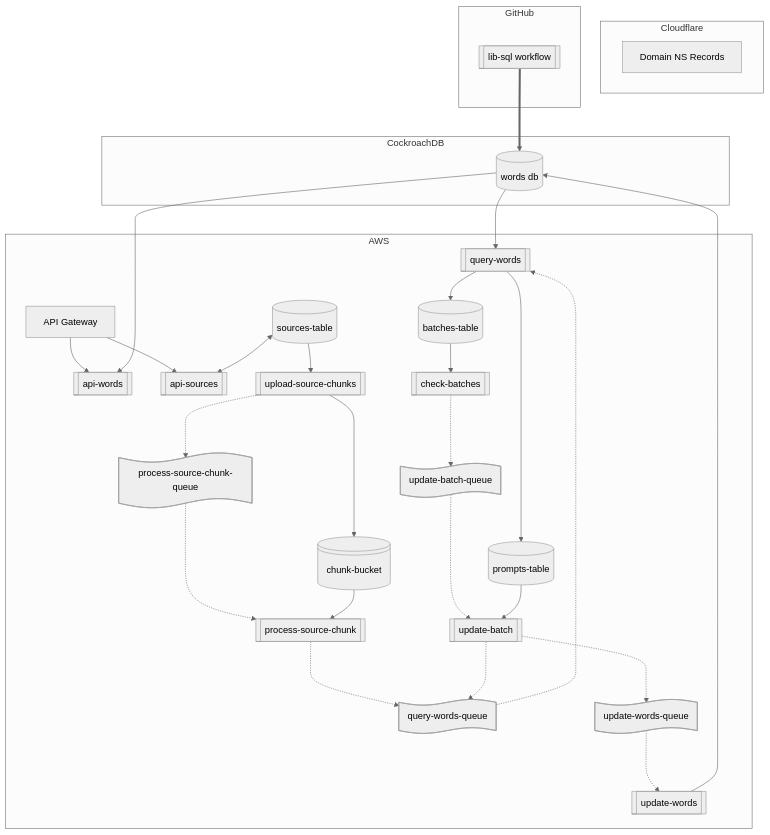
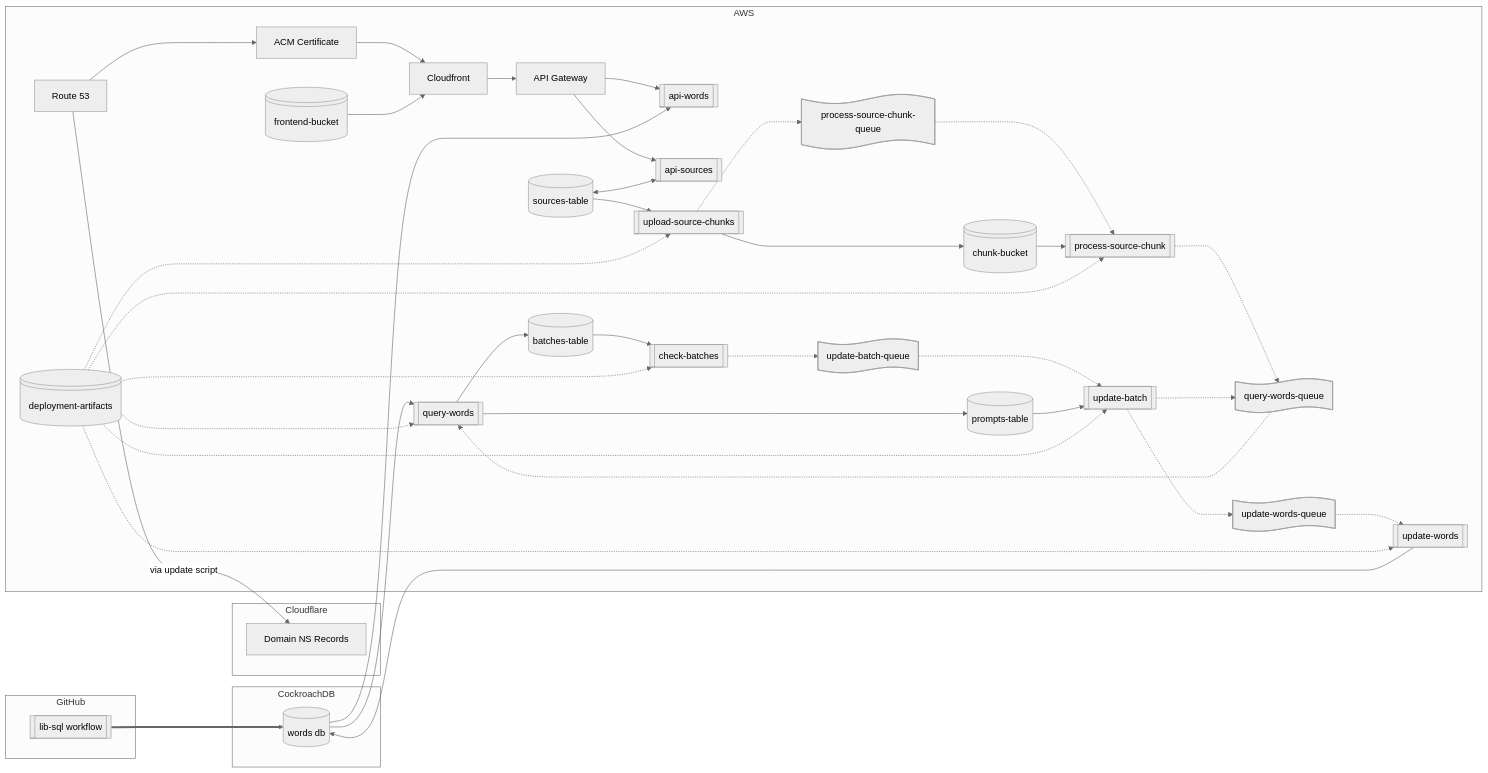
The diagram in README.md (word-list/infrastructure), drawn with Mermaid (neutral theme) before and after one commit. The commit also changed other lines of this file and 2 other files, not shown here.

Commit message:
Update infrastructure diagram and add script information

````diff
--- a/README.md
+++ b/README.md
@@ -9,16 +9,20 @@
 ```mermaid
-flowchart TD;
+flowchart LR;
     subgraph Cloudflare
         dns[Domain NS Records]
     end
     subgraph CockroachDB 
-        words_db[(words db)]        
+        words_db[(words db)]
     end
     subgraph GitHub 
         deployments[[lib-sql workflow]] ==> words_db
     end
     subgraph AWS
+        cloudfront[Cloudfront]
         api_gateway[API Gateway]
+        route_53[Route 53]
+
+        certificate[ACM Certificate]
 
         api_words[[api-words]]
         api_sources[[api-sources]]    
@@ -32,17 +36,26 @@
         update_words[[update-words]]
 
         chunk_bucket@{shape: lin-cyl, label: "chunk-bucket"}
+        frontend_bucket@{shape: lin-cyl, label: "frontend-bucket"}
+        artifact_bucket@{shape: lin-cyl, label: "deployment-artifacts"}        
 
         process_source_chunk_queue@{shape: paper-tape, label: "process-source-chunk-queue"}
         query_words_queue@{shape: paper-tape, label: "query-words-queue"}
         update_batch_queue@{shape: paper-tape, label: "update-batch-queue"}
-        update_words_queue@{shape: paper-tape, label: "update-words-queue"}
+        update_words_queue@{shape: paper-tape, label: "update-words-queue"}        
 
         sources_table[(sources-table)]
         batches_table[(batches-table)]
         prompts_table[(prompts-table)]
-
-        api_gateway --> api_words  
+        
+        route_53 --> certificate --> cloudfront
+        
+        frontend_bucket --> cloudfront 
+        route_53 -- via update script --> dns        
+                
+        cloudfront
+            --> api_gateway
+            --> api_words  
         api_gateway --> api_sources
 
         upload_source_chunks 
@@ -72,6 +85,12 @@
         update_batch -..-> query_words_queue
         prompts_table --> update_batch
 
+        artifact_bucket -..-> upload_source_chunks
+        artifact_bucket -..-> process_source_chunk
+        artifact_bucket -..-> query_words
+        artifact_bucket -..-> check_batches
+        artifact_bucket -..-> update_batch
+        artifact_bucket -..-> update_words
 
     end
 ```
````
